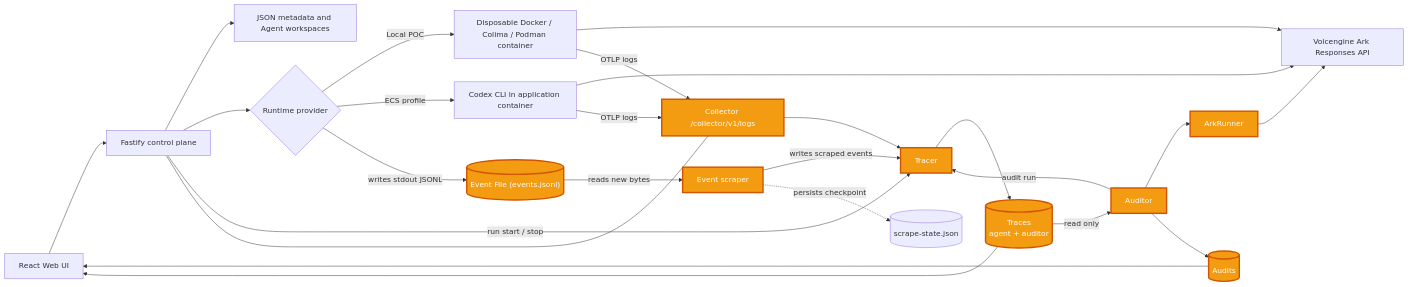
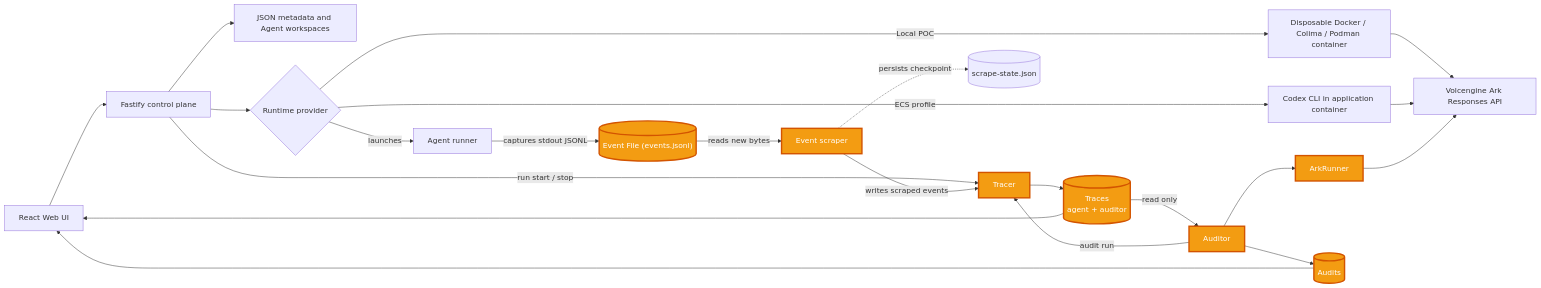
The first of 3 diagrams in README.md (Not-jovan/Monkey), drawn with Mermaid before and after one commit. The commit also changed other lines of this file and 19 other files, not shown here.

````diff
--- a/README.md
+++ b/README.md
@@ -12,36 +12,32 @@
 ```mermaid
 flowchart LR
     UI["React Web UI"] --> API["Fastify control plane"]
     API --> Store["JSON metadata and Agent workspaces"]
     API --> Runtime{"Runtime provider"}
     Runtime -->|Local POC| Container["Disposable Docker / Colima / Podman container"]
     Runtime -->|ECS profile| Codex["Codex CLI in application container"]
     Container --> Ark["Volcengine Ark Responses API"]
     Codex --> Ark
     API -->|run start / stop| Tracer["Tracer"]
-    Runtime -->|writes stdout JSONL| EventFile[("Event File (events.jsonl)")]
+    Runtime -->|launches| Runner["Agent runner"]
+    Runner -->|captures stdout JSONL| EventFile[("Event File (events.jsonl)")]
     EventFile -->|reads new bytes| Scraper["Event scraper"]
     Scraper -->|writes scraped events| Tracer["Tracer"]
-    API --- Collector["Collector /collector/v1/logs"]
-    Container -->|OTLP logs| Collector
-    Codex -->|OTLP logs| Collector
-    Collector --> Tracer
     Scraper -.->|persists checkpoint| ScrapeState[("scrape-state.json")]
     Tracer --> Traces[("Traces\nagent + auditor")]
     Traces -->|read only| Auditor["Auditor"]
     Auditor --> ArkRunner["ArkRunner"]
     ArkRunner --> Ark
     Auditor -->|audit run| Tracer
     Auditor --> Audits[("Audits")]
     Traces --> UI
     Audits --> UI
 
-    style Collector fill:#f39c12,stroke:#d35400,stroke-width:3px,color:#ffffff
     style EventFile fill:#f39c12,stroke:#d35400,stroke-width:3px,color:#ffffff
     style Scraper fill:#f39c12,stroke:#d35400,stroke-width:3px,color:#ffffff
     style Tracer fill:#f39c12,stroke:#d35400,stroke-width:3px,color:#ffffff
     style Traces fill:#f39c12,stroke:#d35400,stroke-width:3px,color:#ffffff
     style Auditor fill:#f39c12,stroke:#d35400,stroke-width:3px,color:#ffffff
     style ArkRunner fill:#f39c12,stroke:#d35400,stroke-width:3px,color:#ffffff
     style Audits fill:#f39c12,stroke:#d35400,stroke-width:3px,color:#ffffff
 ```
````
